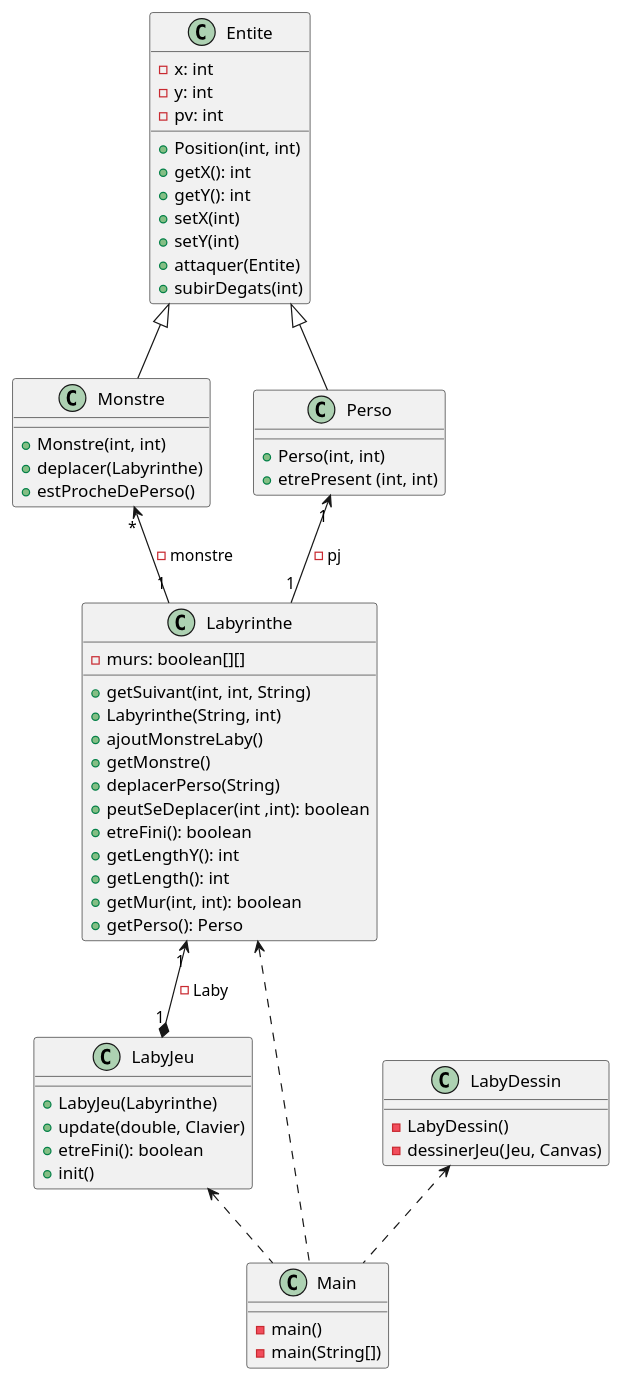
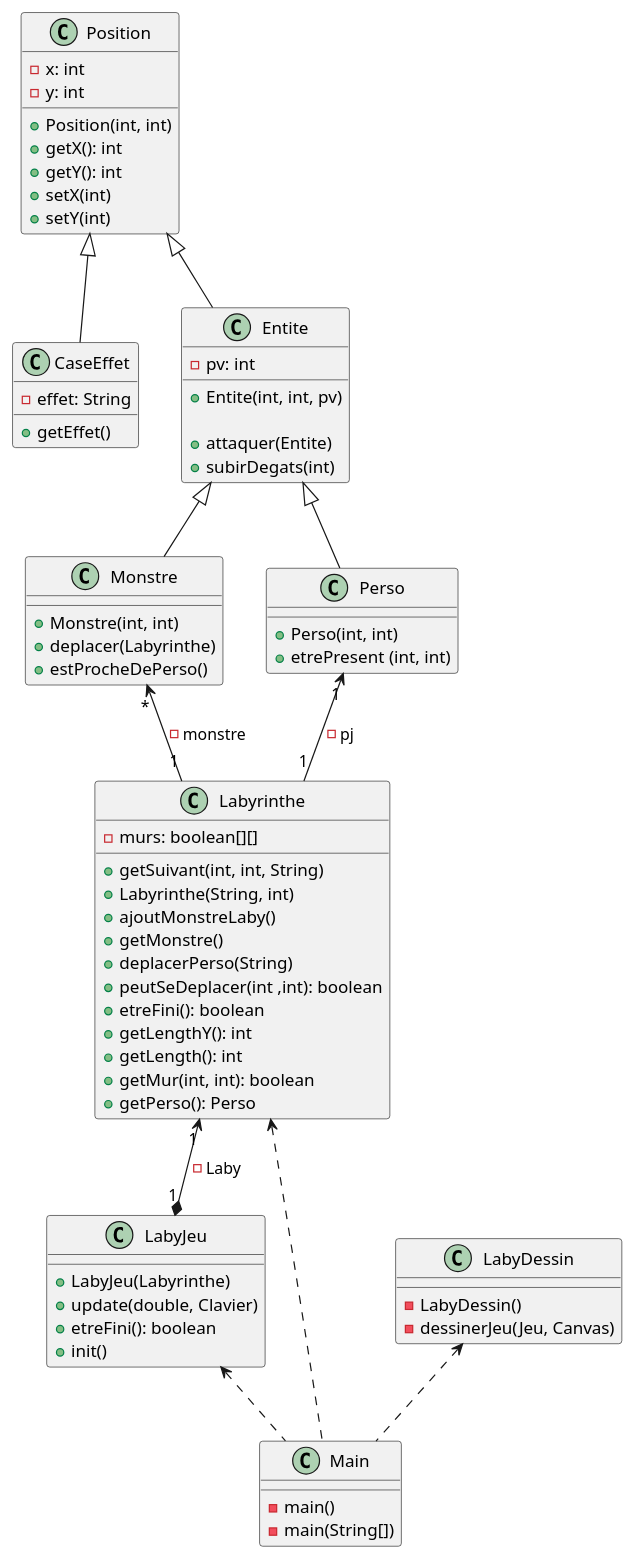
The diagram in zeldiablo/documents/version_3/diagclass_v3_global.puml (Erwanquilliou/2024_Zeldiablo_quilliou2u_leveque58u), drawn with PlantUML before and after one commit.

Commit message:
diagclass global

```diff
--- a/zeldiablo/documents/version_3/diagclass_v3_global.puml
+++ b/zeldiablo/documents/version_3/diagclass_v3_global.puml
@@ -1,73 +1,86 @@
 @startuml
-
-class Entite {
+class Position {
 - x: int
 - y: int
-- pv: int
 + Position(int, int)
 + getX(): int
 + getY(): int
 + setX(int)
 + setY(int)
+}
+
+class CaseEffet {
+- effet: String
++ getEffet()
+}
+
+Position <|-- CaseEffet
+
+Position <|-- Entite
+
+class Entite {
+- pv: int
++ Entite(int, int, pv)
+
 + attaquer(Entite)
 + subirDegats(int)
 }
 
 Entite <|-- Monstre
 
 class Monstre{
 + Monstre(int, int)
 + deplacer(Labyrinthe)
 + estProcheDePerso()
 }
 
 Entite <|-- Perso
 
 class Perso{
 + Perso(int, int)
 + etrePresent (int, int)
 }
 
 Monstre "*" <-- "1" Labyrinthe : -monstre
 Perso "1" <-- "1" Labyrinthe : - pj
 
 class Labyrinthe {
 - murs: boolean[][]
 + getSuivant(int, int, String)
 + Labyrinthe(String, int)
 + ajoutMonstreLaby()
 + getMonstre()
 + deplacerPerso(String)
 + peutSeDeplacer(int ,int): boolean
 + etreFini(): boolean
 + getLengthY(): int
 + getLength(): int
 + getMur(int, int): boolean
 + getPerso(): Perso
 }
 
 Labyrinthe "1" <--* "1" LabyJeu : - Laby
 
 class LabyJeu{
 + LabyJeu(Labyrinthe)
 + update(double, Clavier)
 + etreFini(): boolean
 + init()
 }
 
 LabyJeu <.. Main
 
 class Main{
 - main()
 - main(String[])
 }
 
 Labyrinthe <.. Main
 LabyDessin <.. Main
 
 class LabyDessin{
 - LabyDessin()
 - dessinerJeu(Jeu, Canvas)
 }
 
 @enduml
```
